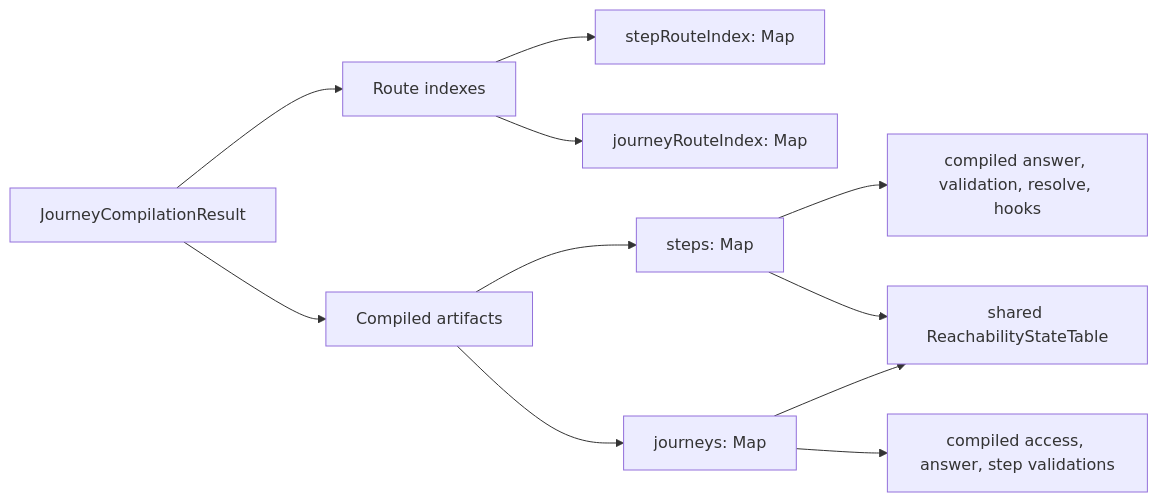
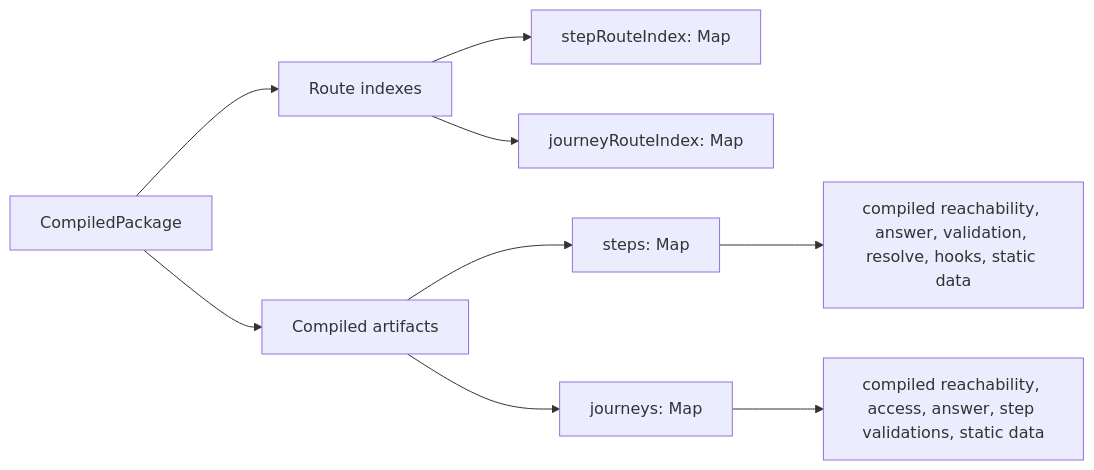
One commit to ministryofjustice/hmpps-forge changed the second of 2 diagrams in packages/forge-core/src/engine/compilation/README.md. Above: the diagram before and after it, drawn with Mermaid. The commit also changed other lines of this file and 3 other files, not shown here.

````diff
--- a/packages/forge-core/src/engine/compilation/README.md
+++ b/packages/forge-core/src/engine/compilation/README.md
@@ -95,13 +95,11 @@
 ```mermaid
 flowchart LR
-  result["JourneyCompilationResult"] --> routeIndexes["Route indexes"]
+  result["CompiledPackage"] --> routeIndexes["Route indexes"]
   result --> compiledArtifacts["Compiled artifacts"]
   routeIndexes --> stepRouteIndex["stepRouteIndex: Map<NodeId, StepRouteDescriptor>"]
   routeIndexes --> journeyRouteIndex["journeyRouteIndex: Map<NodeId, JourneyRouteDescriptor>"]
   compiledArtifacts --> steps["steps: Map<NodeId, CompiledStep>"]
   compiledArtifacts --> journeys["journeys: Map<NodeId, CompiledJourney>"]
-  steps --> stepFunctions["compiled answer, validation, resolve, hooks"]
-  journeys --> journeyFunctions["compiled access, answer, step validations"]
-  steps --> sharedNavigation["shared ReachabilityStateTable"]
-  journeys --> sharedNavigation
+  steps --> stepFunctions["compiled reachability, answer, validation, resolve, hooks, static data"]
+  journeys --> journeyFunctions["compiled reachability, access, answer, step validations, static data"]
 ```
````
